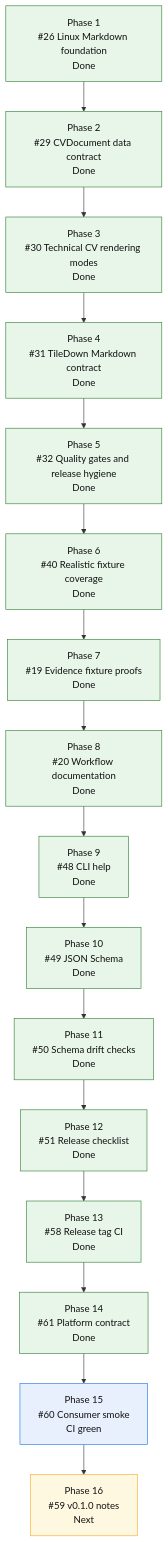
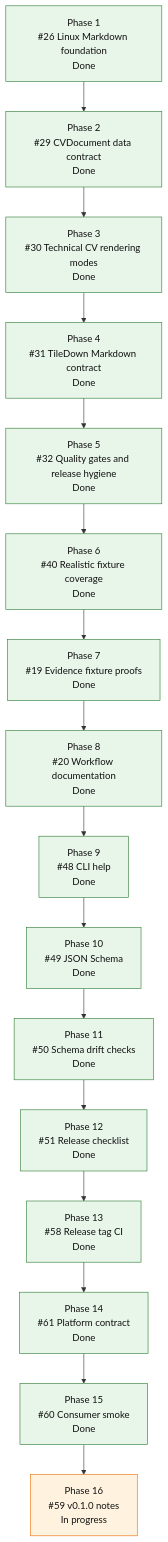
Before and after one commit to mihaelamj/cvbuilder: the diagram in README.md, drawn with Mermaid. The commit also changed other lines of this file and 4 other files, not shown here.

````diff
--- a/README.md
+++ b/README.md
@@ -167,32 +167,31 @@
 ```mermaid
 flowchart TD
     P1["Phase 1<br/>#26 Linux Markdown foundation<br/>Done"]
     P2["Phase 2<br/>#29 CVDocument data contract<br/>Done"]
     P3["Phase 3<br/>#30 Technical CV rendering modes<br/>Done"]
     P4["Phase 4<br/>#31 TileDown Markdown contract<br/>Done"]
     P5["Phase 5<br/>#32 Quality gates and release hygiene<br/>Done"]
     P6["Phase 6<br/>#40 Realistic fixture coverage<br/>Done"]
     P7["Phase 7<br/>#19 Evidence fixture proofs<br/>Done"]
     P8["Phase 8<br/>#20 Workflow documentation<br/>Done"]
     P9["Phase 9<br/>#48 CLI help<br/>Done"]
     P10["Phase 10<br/>#49 JSON Schema<br/>Done"]
     P11["Phase 11<br/>#50 Schema drift checks<br/>Done"]
     P12["Phase 12<br/>#51 Release checklist<br/>Done"]
     P13["Phase 13<br/>#58 Release tag CI<br/>Done"]
     P14["Phase 14<br/>#61 Platform contract<br/>Done"]
-    P15["Phase 15<br/>#60 Consumer smoke<br/>CI green"]
-    P16["Phase 16<br/>#59 v0.1.0 notes<br/>Next"]
+    P15["Phase 15<br/>#60 Consumer smoke<br/>Done"]
+    P16["Phase 16<br/>#59 v0.1.0 notes<br/>In progress"]
 
     P1 --> P2 --> P3 --> P4 --> P5 --> P6 --> P7 --> P8 --> P9 --> P10 --> P11 --> P12 --> P13 --> P14 --> P15 --> P16
 
     classDef done fill:#e8f5e9,stroke:#2e7d32,color:#111;
     classDef active fill:#fff3e0,stroke:#ef6c00,color:#111;
     classDef review fill:#e8f0fe,stroke:#1a73e8,color:#111;
     classDef next fill:#fff8e1,stroke:#f9a825,color:#111;
     classDef partial fill:#e0f7fa,stroke:#00838f,color:#111;
     classDef todo fill:#eef3ff,stroke:#3367d6,color:#111;
     class P1,P2,P3,P4 done;
-    class P5,P6,P7,P8,P9,P10,P11,P12,P13,P14 done;
-    class P15 review;
-    class P16 next;
+    class P5,P6,P7,P8,P9,P10,P11,P12,P13,P14,P15 done;
+    class P16 active;
 ```
````
